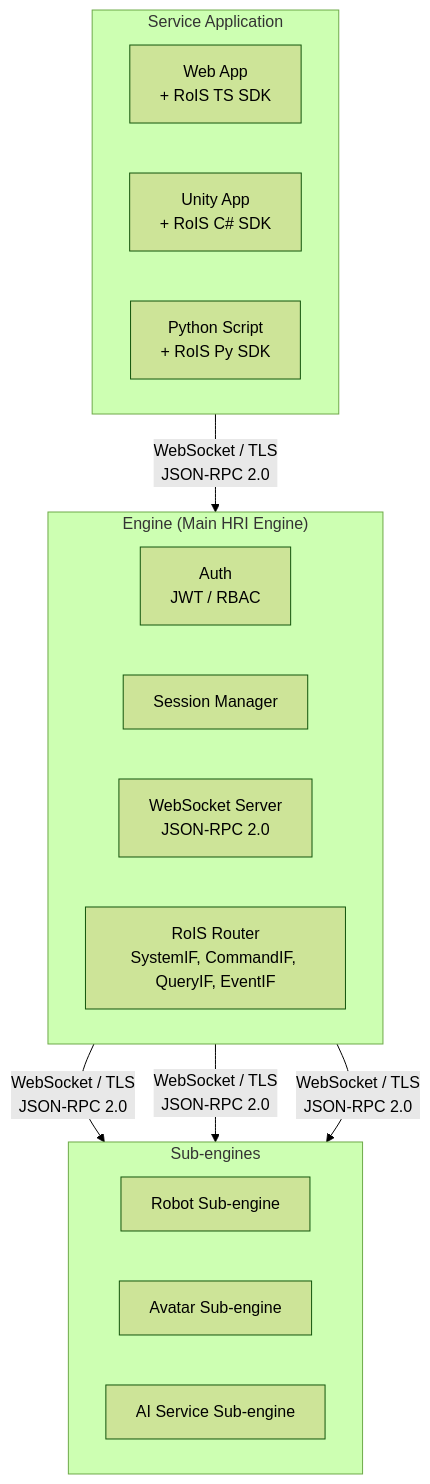
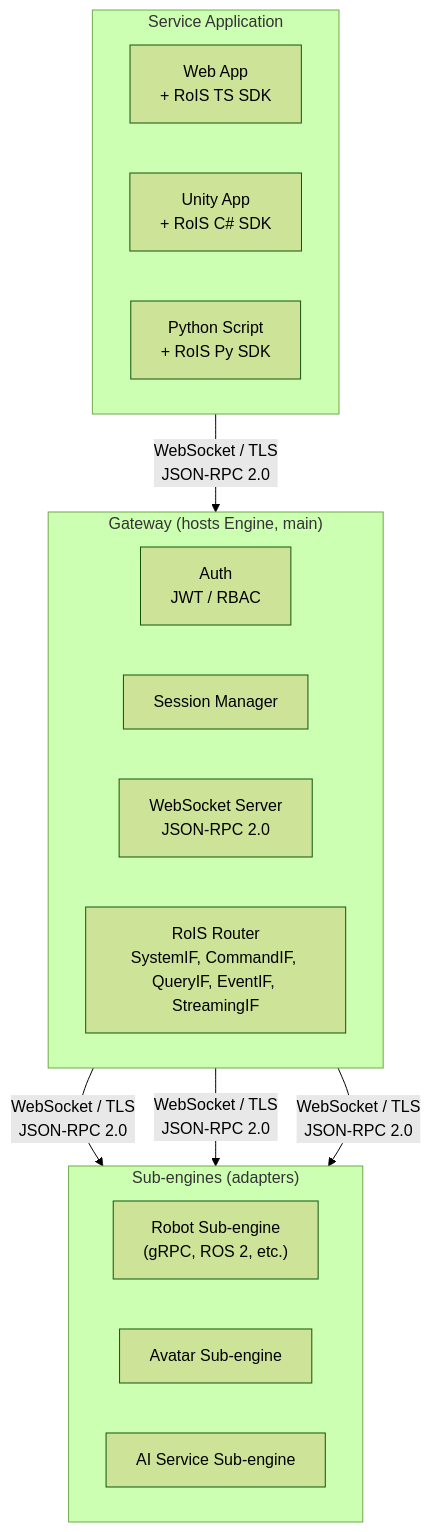
Before and after one commit to openrois/openrois: the first of 5 diagrams in docs/architecture.md, drawn with Mermaid (forest theme). The commit also changed other lines of this file and 7 other files, not shown here.

First line of the commit message:
docs: rewrite architecture, roadmap, and white paper to recursive engine model

````diff
--- a/docs/architecture.md
+++ b/docs/architecture.md
@@ -96,29 +180,29 @@
 ```mermaid
 flowchart TB
     subgraph L1["Service Application"]
         direction LR
         WebApp["Web App<br/>+ RoIS TS SDK"]
         UnityApp["Unity App<br/>+ RoIS C# SDK"]
         PyScript["Python Script<br/>+ RoIS Py SDK"]
     end
 
-    subgraph L2["Engine (Main HRI Engine)"]
+    subgraph L2["Gateway (hosts Engine, main)"]
         direction LR
         Auth["Auth<br/>JWT / RBAC"]
         Session["Session Manager"]
         WSServer["WebSocket Server<br/>JSON-RPC 2.0"]
-        Router["RoIS Router<br/>SystemIF, CommandIF, QueryIF, EventIF"]
+        Router["RoIS Router<br/>SystemIF, CommandIF, QueryIF, EventIF, StreamingIF"]
     end
 
-    subgraph L3["Sub-engines"]
+    subgraph L3["Sub-engines (adapters)"]
         direction LR
-        RobotSubEngine["Robot Sub-engine"]
+        RobotSubEngine["Robot Sub-engine<br/>(gRPC, ROS 2, etc.)"]
         AvatarSubEngine["Avatar Sub-engine"]
         ServiceSubEngine["AI Service Sub-engine"]
     end
 
     L1 -->|"WebSocket / TLS<br/>JSON-RPC 2.0"| L2
     L2 -->|"WebSocket / TLS<br/>JSON-RPC 2.0"| RobotSubEngine
     L2 -->|"WebSocket / TLS<br/>JSON-RPC 2.0"| AvatarSubEngine
     L2 -->|"WebSocket / TLS<br/>JSON-RPC 2.0"| ServiceSubEngine
 ```
````
